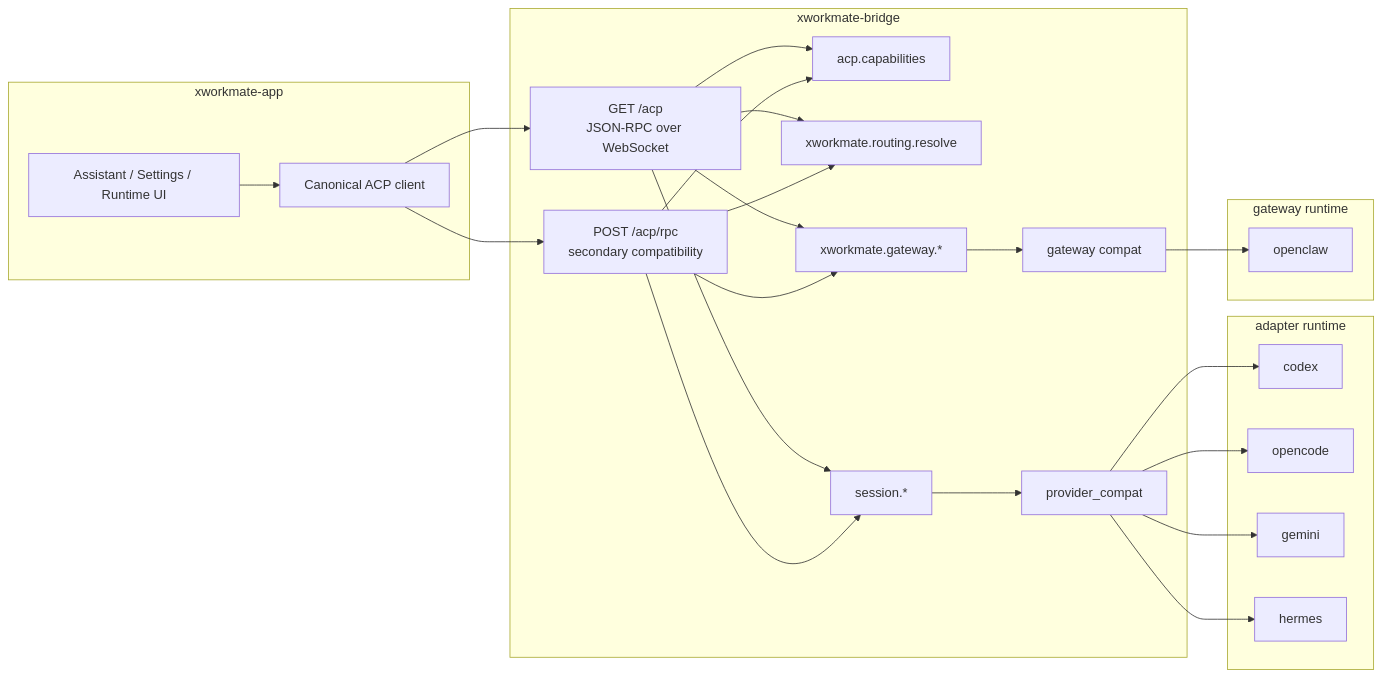
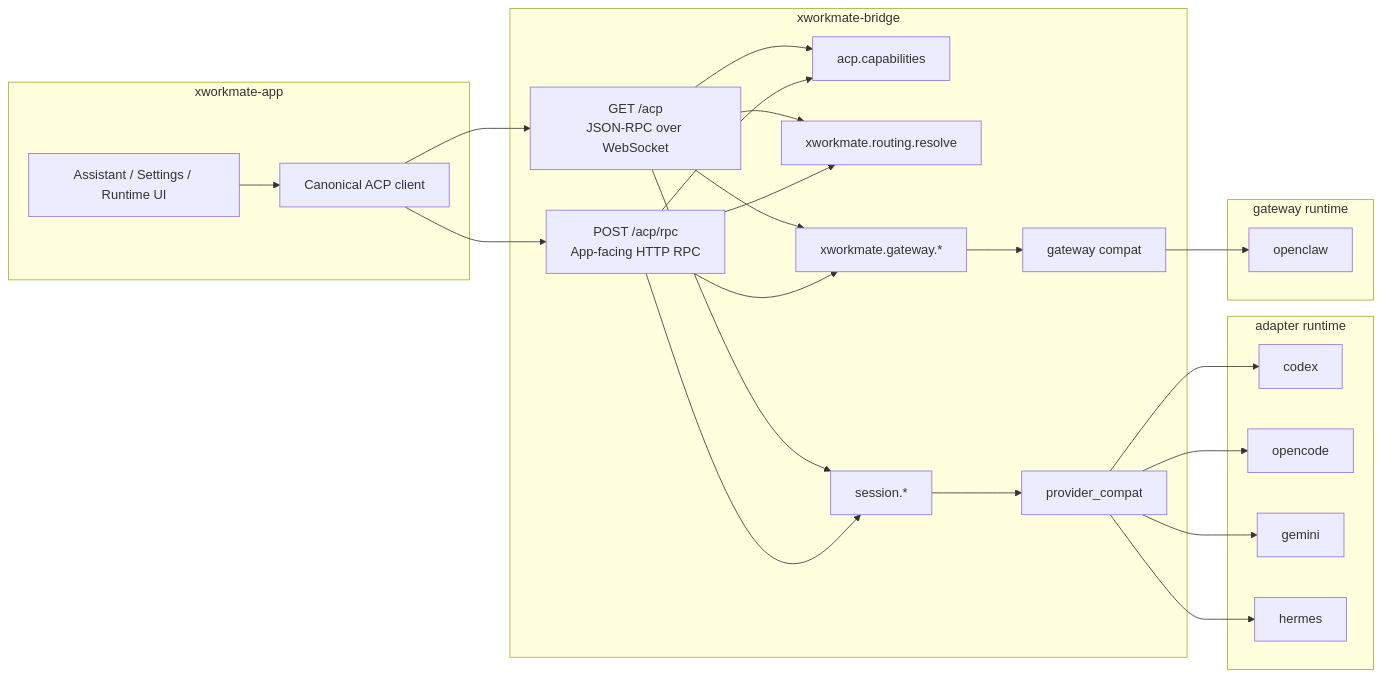
Before and after one commit to ai-workspace-lab/xworkmate-bridge: the diagram in docs/architecture/acp-forwarding-topology.md, drawn with Mermaid. The commit also changed 7 other files, not shown here.

````diff
--- a/docs/architecture/acp-forwarding-topology.md
+++ b/docs/architecture/acp-forwarding-topology.md
@@ -23,48 +23,48 @@
 ```mermaid
 flowchart LR
     subgraph APP["xworkmate-app"]
         A1["Assistant / Settings / Runtime UI"]
         A2["Canonical ACP client"]
         A1 --> A2
     end
 
     subgraph BRIDGE["xworkmate-bridge"]
         B1["GET /acp<br/>JSON-RPC over WebSocket"]
-        B2["POST /acp/rpc<br/>secondary compatibility"]
+        B2["POST /acp/rpc<br/>App-facing HTTP RPC"]
         B3["acp.capabilities"]
         B4["xworkmate.routing.resolve"]
         B5["session.*"]
         B6["xworkmate.gateway.*"]
         B7["provider_compat"]
         B8["gateway compat"]
     end
 
     subgraph ADAPTERS["adapter runtime"]
         C1["codex"]
         C2["opencode"]
         C3["gemini"]
         C4["hermes"]
     end
 
     subgraph GATEWAY["gateway runtime"]
         D1["openclaw"]
     end
 
     A2 --> B1
     A2 --> B2
     B1 --> B3
     B1 --> B4
     B1 --> B5
     B1 --> B6
     B2 --> B3
     B2 --> B4
     B2 --> B5
     B2 --> B6
     B5 --> B7
     B6 --> B8
     B7 --> C1
     B7 --> C2
     B7 --> C3
     B7 --> C4
     B8 --> D1
 ```
````
